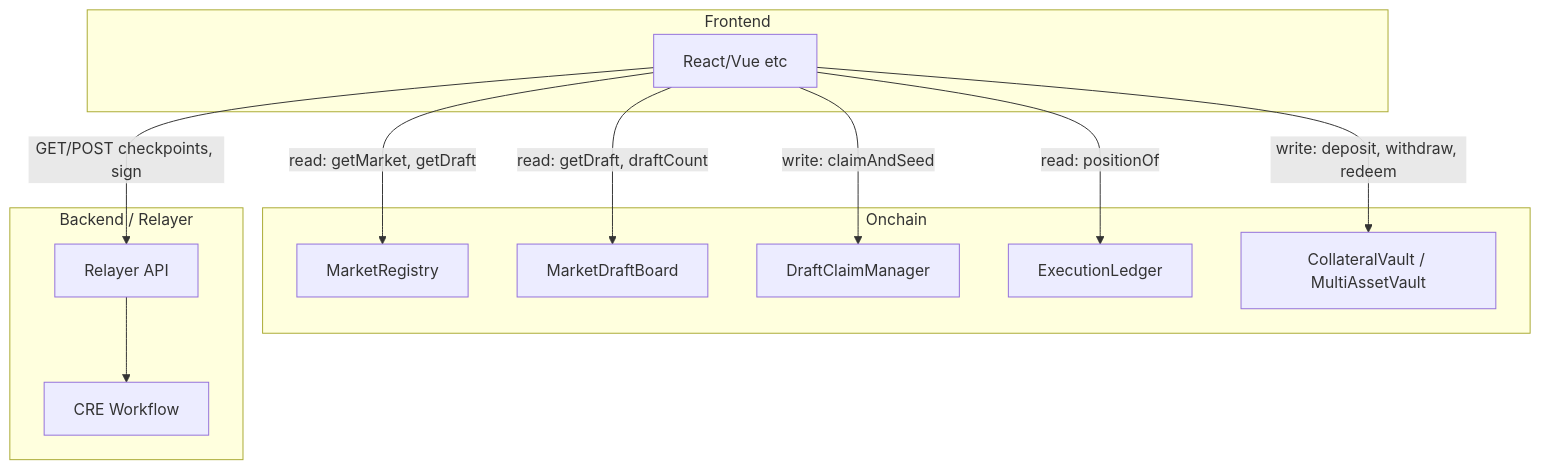
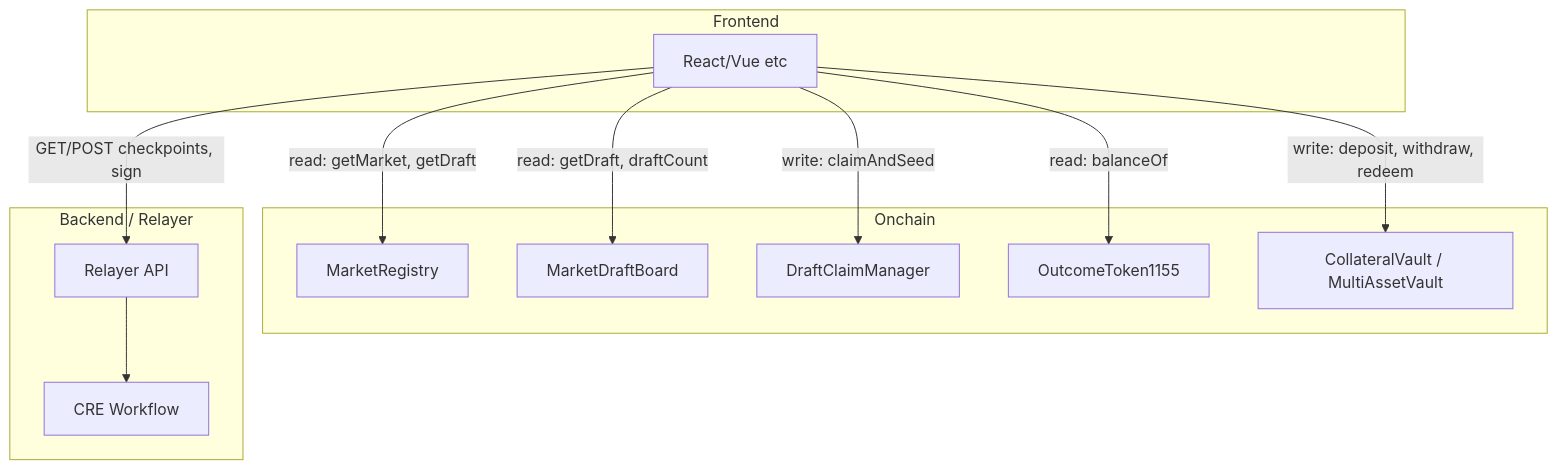
One commit to mAsyamJ/ShadowPool changed the second of 3 diagrams in docs/abi/docs/frontend/AppFlow.md. Above: the diagram before and after it, drawn with Mermaid. The commit also changed other lines of this file and 94 other files, not shown here.

````diff
--- a/docs/abi/docs/frontend/AppFlow.md
+++ b/docs/abi/docs/frontend/AppFlow.md
@@ -59,27 +59,27 @@
 ```mermaid
 flowchart TB
     subgraph FE [Frontend]
         UI[React/Vue etc]
     end
 
     subgraph Chain [Onchain]
         Registry[MarketRegistry]
         DraftBoard[MarketDraftBoard]
         ClaimMgr[DraftClaimManager]
-        Ledger[ExecutionLedger]
+        OT[OutcomeToken1155]
         Vault[CollateralVault / MultiAssetVault]
     end
 
     subgraph Backend [Backend / Relayer]
         Relayer[Relayer API]
         CRE[CRE Workflow]
     end
 
     UI -->|"read: getMarket, getDraft"| Registry
     UI -->|"read: getDraft, draftCount"| DraftBoard
     UI -->|"write: claimAndSeed"| ClaimMgr
-    UI -->|"read: positionOf"| Ledger
+    UI -->|"read: balanceOf"| OT
     UI -->|"write: deposit, withdraw, redeem"| Vault
     UI -->|"GET/POST checkpoints, sign"| Relayer
     Relayer --> CRE
 ```
````
